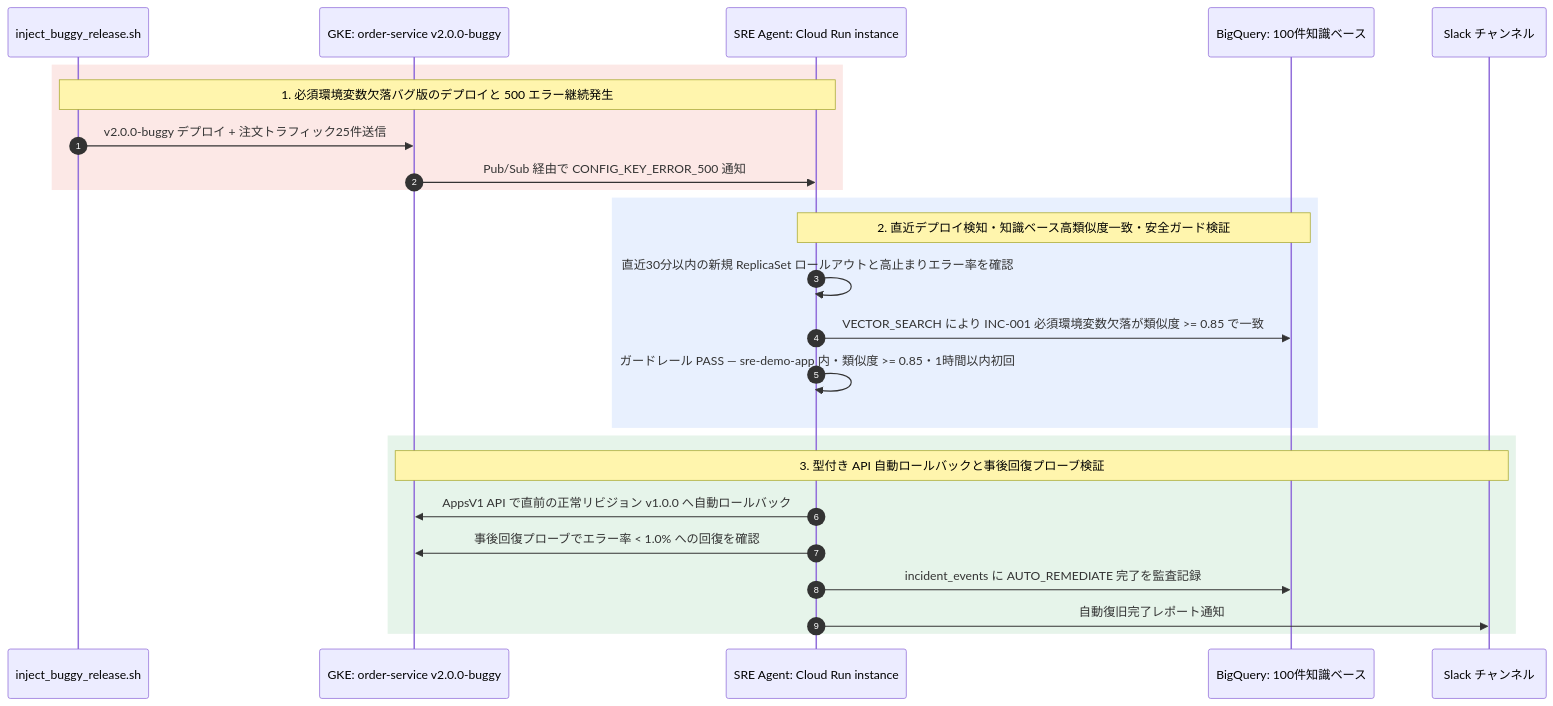
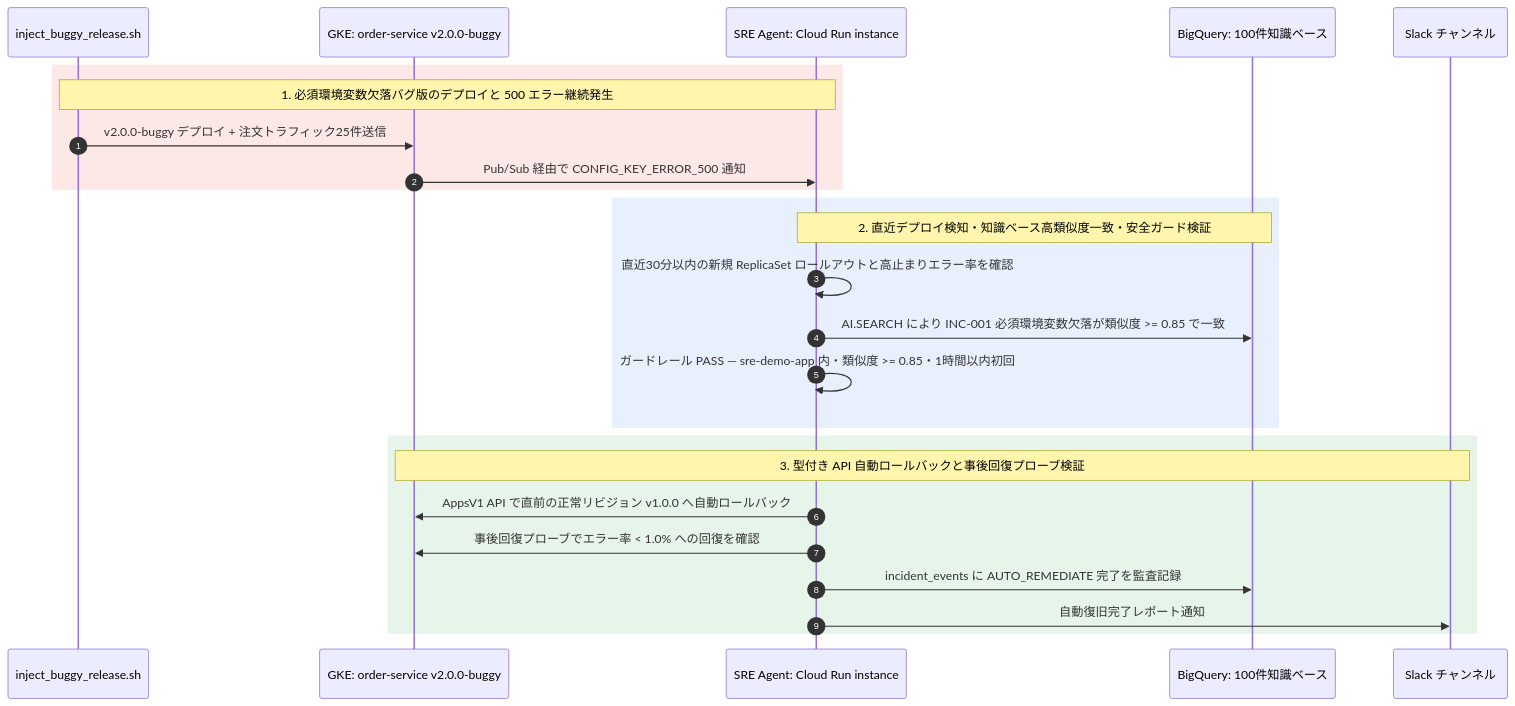
Before and after one commit to tyorikan/agentic-sre-handson: the third of 5 diagrams in docs/05-deploy-cloud-run-instance-and-drills.md, drawn with Mermaid. The commit also changed other lines of this file and 34 other files, not shown here.

````diff
--- a/docs/05-deploy-cloud-run-instance-and-drills.md
+++ b/docs/05-deploy-cloud-run-instance-and-drills.md
@@ -194,30 +194,30 @@
 ```mermaid
 sequenceDiagram
     autonumber
     participant Script as inject_buggy_release.sh
     participant GKE as GKE: order-service v2.0.0-buggy
     participant Agent as SRE Agent: Cloud Run instance
     participant BQ as BigQuery: 100件知識ベース
     participant Slack as Slack チャンネル
 
     rect rgb(252, 232, 230)
         Note over Script,Agent: 1. 必須環境変数欠落バグ版のデプロイと 500 エラー継続発生
         Script->>GKE: v2.0.0-buggy デプロイ + 注文トラフィック25件送信
         GKE->>Agent: Pub/Sub 経由で CONFIG_KEY_ERROR_500 通知
     end
 
     rect rgb(232, 240, 254)
         Note over Agent,BQ: 2. 直近デプロイ検知・知識ベース高類似度一致・安全ガード検証
         Agent->>Agent: 直近30分以内の新規 ReplicaSet ロールアウトと高止まりエラー率を確認
-        Agent->>BQ: VECTOR_SEARCH により INC-001 必須環境変数欠落が類似度 >= 0.85 で一致
+        Agent->>BQ: AI.SEARCH により INC-001 必須環境変数欠落が類似度 >= 0.85 で一致
         Agent->>Agent: ガードレール PASS — sre-demo-app 内・類似度 >= 0.85・1時間以内初回
     end
 
     rect rgb(230, 244, 234)
         Note over GKE,Slack: 3. 型付き API 自動ロールバックと事後回復プローブ検証
         Agent->>GKE: AppsV1 API で直前の正常リビジョン v1.0.0 へ自動ロールバック
         Agent->>GKE: 事後回復プローブでエラー率 < 1.0% への回復を確認
         Agent->>BQ: incident_events に AUTO_REMEDIATE 完了を監査記録
         Agent->>Slack: 自動復旧完了レポート通知
     end
 ```
````
